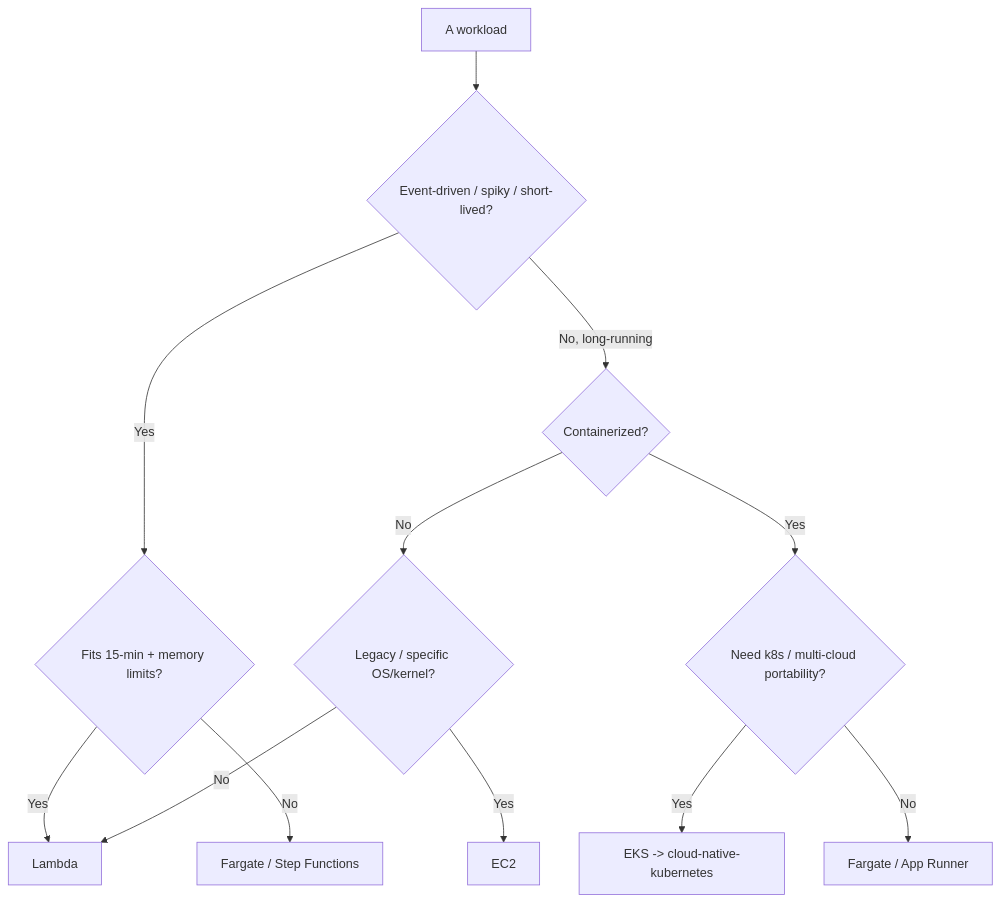
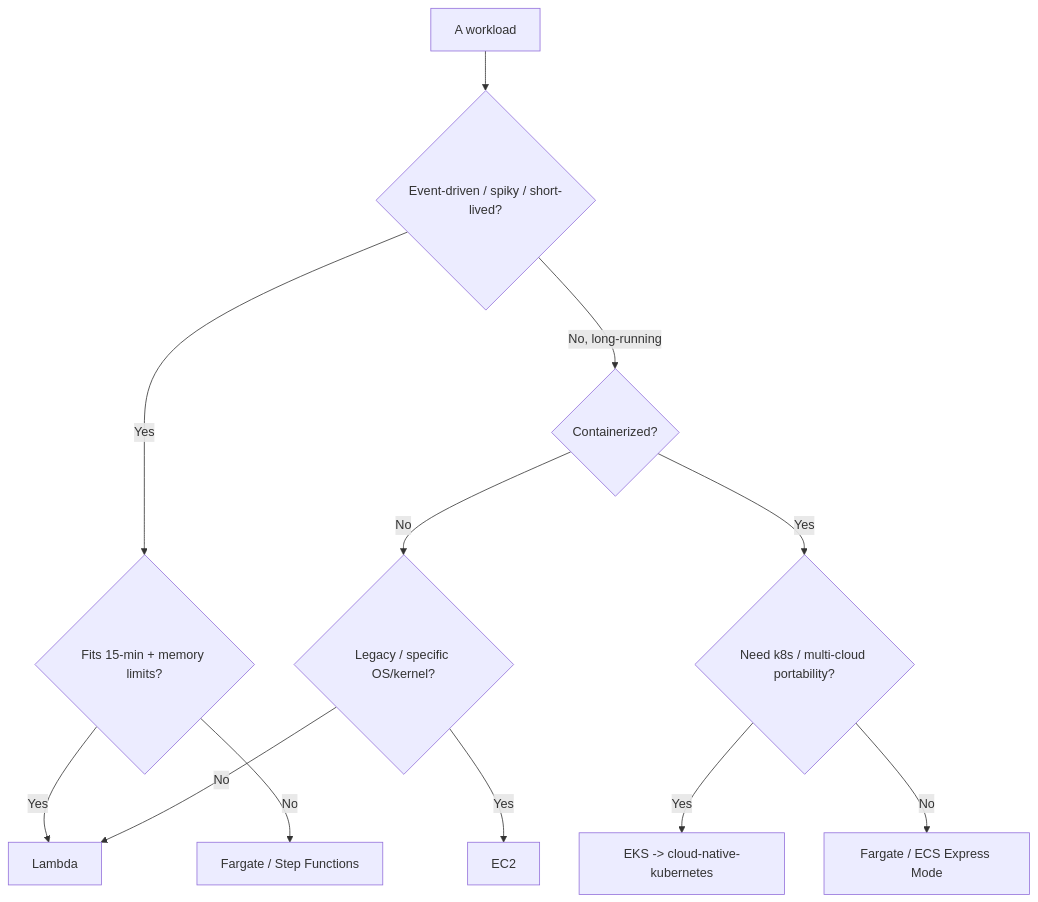
The first of 8 diagrams in plugins/aws-cloud/knowledge/aws-cloud-decision-trees.md (mcorbett51090/RavenClaude), drawn with Mermaid before and after one commit. The commit also changed other lines of this file and 28 other files, not shown here.

First line of the commit message:
fix(cloud-providers): App Runner retirement, Cloud Run functions rename, Azure retirement-date tense fixes (#1249)

````diff
--- a/plugins/aws-cloud/knowledge/aws-cloud-decision-trees.md
+++ b/plugins/aws-cloud/knowledge/aws-cloud-decision-trees.md
@@ -11,14 +11,14 @@
 ```mermaid
 graph TD
   A[A workload] --> B{Event-driven / spiky / short-lived?}
   B -- Yes --> C{Fits 15-min + memory limits?}
   C -- Yes --> D[Lambda]
   C -- No --> E[Fargate / Step Functions]
   B -- No, long-running --> F{Containerized?}
   F -- No --> G{Legacy / specific OS/kernel?}
   G -- Yes --> H[EC2]
   G -- No --> D
   F -- Yes --> I{Need k8s / multi-cloud portability?}
   I -- Yes --> J[EKS -> cloud-native-kubernetes]
-  I -- No --> K[Fargate / App Runner]
+  I -- No --> K[Fargate / ECS Express Mode]
 ```
````
